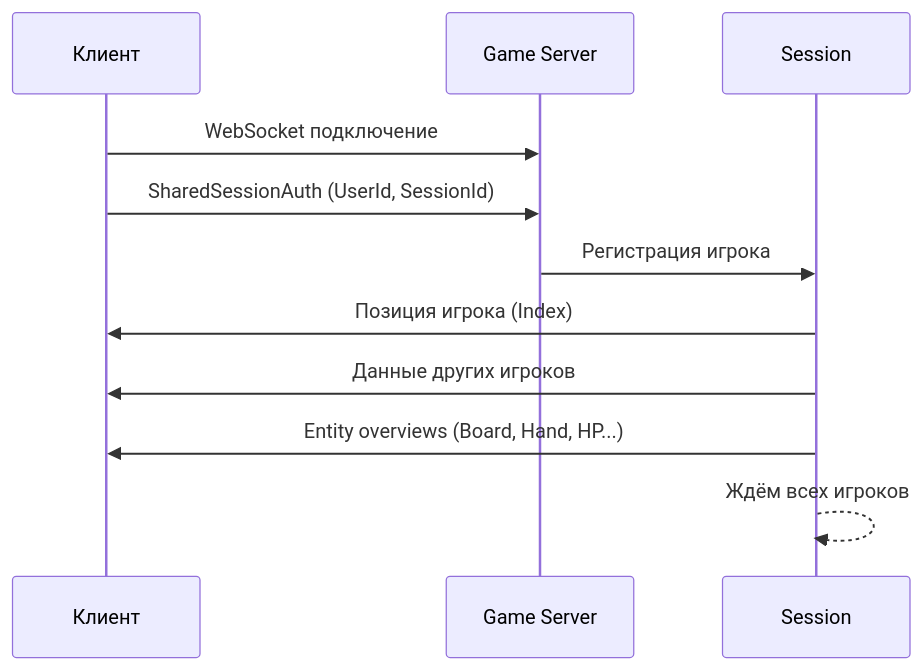
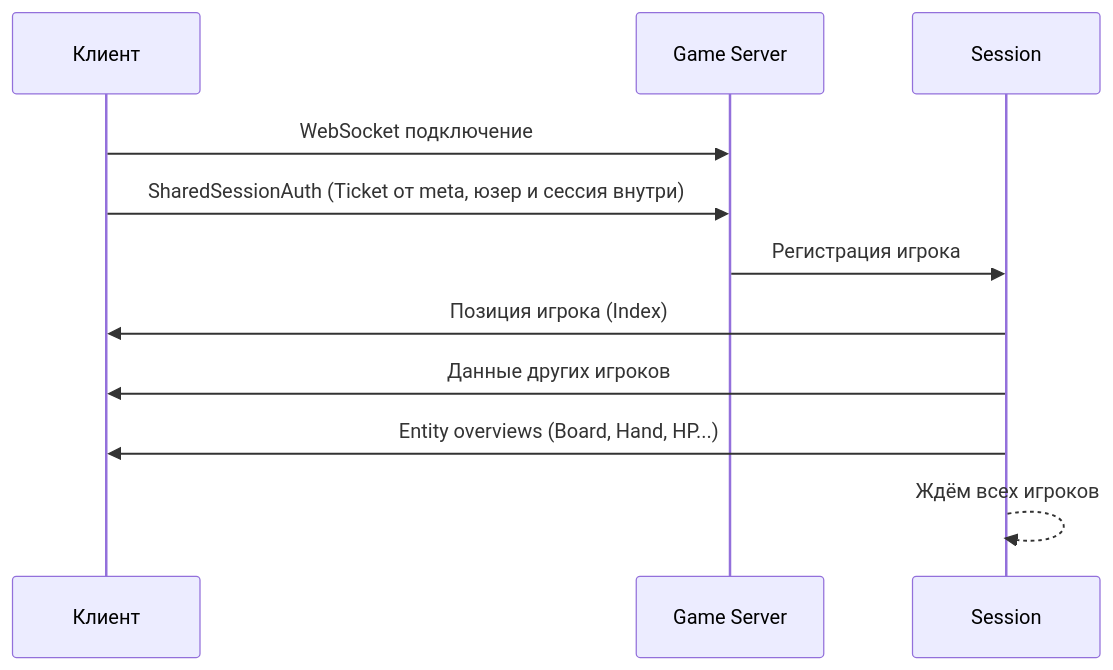
The second of 4 diagrams in docs/obsidian/game/match-flow.md (noncasted/mines-leader), drawn with Mermaid before and after one commit. The commit also changed 75 other files, not shown here.

First line of the commit message:
[Security] Guest secret auth and signed session tickets

````diff
--- a/docs/obsidian/game/match-flow.md
+++ b/docs/obsidian/game/match-flow.md
@@ -64,14 +64,14 @@
 ```mermaid
 sequenceDiagram
     participant C as Клиент
     participant GS as Game Server
     participant S as Session
 
     C->>GS: WebSocket подключение
-    C->>GS: SharedSessionAuth (UserId, SessionId)
+    C->>GS: SharedSessionAuth (Ticket от meta, юзер и сессия внутри)
     GS->>S: Регистрация игрока
     S->>C: Позиция игрока (Index)
     S->>C: Данные других игроков
     S->>C: Entity overviews (Board, Hand, HP...)
     S-->>S: Ждём всех игроков
 ```
````
